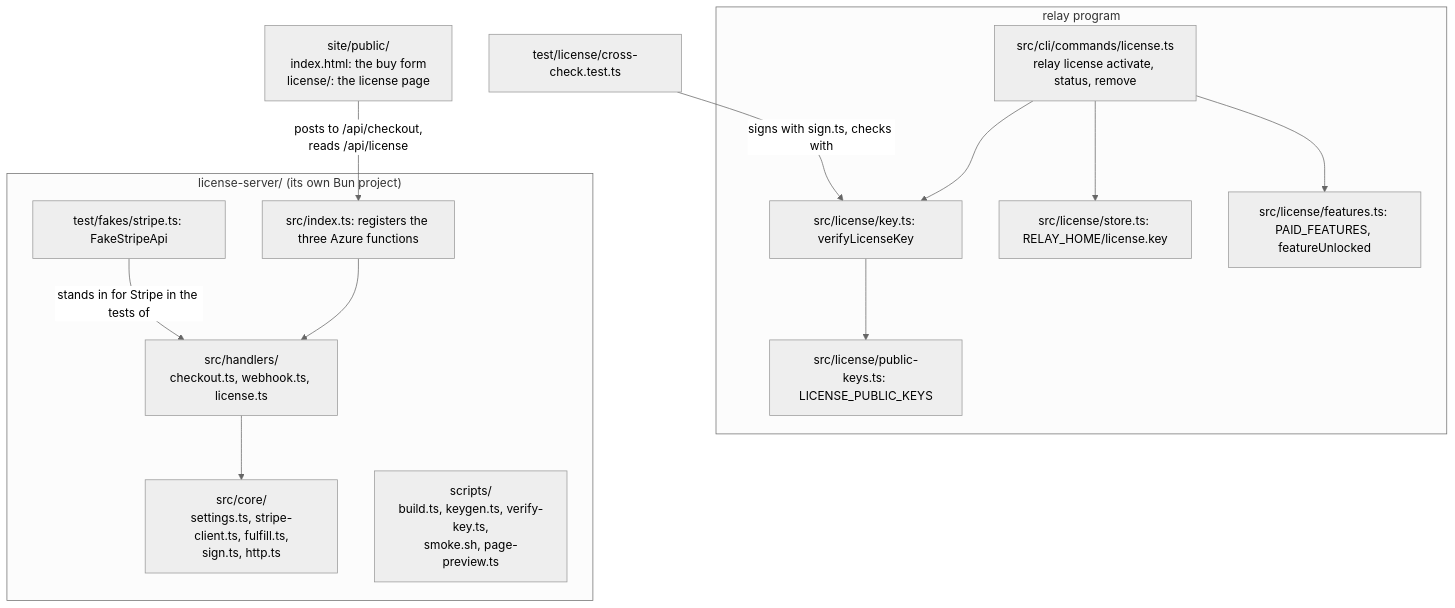
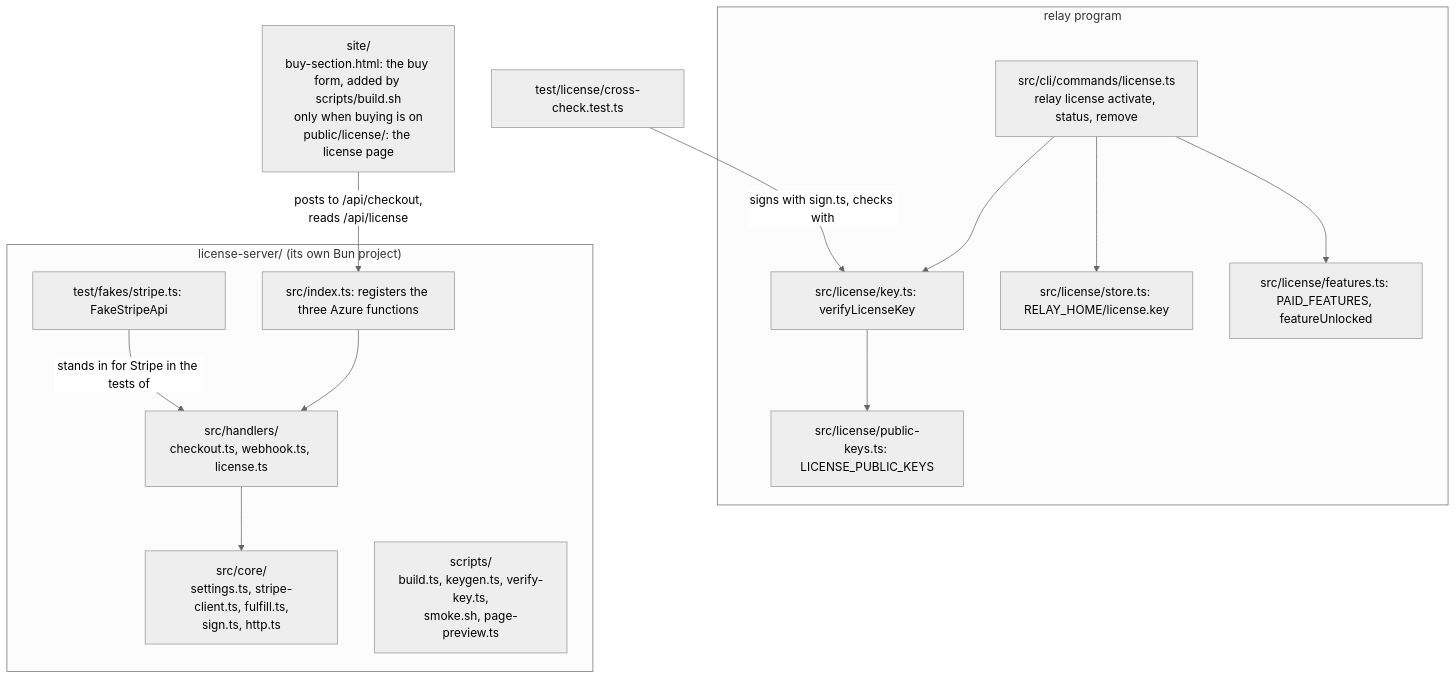
The fourth of 5 diagrams in docs/codebase-map.md (FrejusGdm/relay), drawn with Mermaid (neutral theme) before and after one commit. The commit also changed 12 other files, not shown here.

First line of the commit message:
feat: keep the buy form off production until live mode (add-lifetime-license)

````diff
--- a/docs/codebase-map.md
+++ b/docs/codebase-map.md
@@ -535,27 +535,27 @@
 ```mermaid
 flowchart TD
   subgraph relayside["relay program"]
     command["src/cli/commands/license.ts<br/>relay license activate, status, remove"]
     key["src/license/key.ts: verifyLicenseKey"]
     keys["src/license/public-keys.ts: LICENSE_PUBLIC_KEYS"]
     store["src/license/store.ts: RELAY_HOME/license.key"]
     features["src/license/features.ts: PAID_FEATURES, featureUnlocked"]
   end
   subgraph server["license-server/ (its own Bun project)"]
     index["src/index.ts: registers the three Azure functions"]
     handlers["src/handlers/<br/>checkout.ts, webhook.ts, license.ts"]
     corefiles["src/core/<br/>settings.ts, stripe-client.ts, fulfill.ts,<br/>sign.ts, http.ts"]
     scripts2["scripts/<br/>build.ts, keygen.ts, verify-key.ts,<br/>smoke.sh, page-preview.ts"]
     fakestripe["test/fakes/stripe.ts: FakeStripeApi"]
   end
-  site2["site/public/<br/>index.html: the buy form<br/>license/: the license page"]
+  site2["site/<br/>buy-section.html: the buy form, added by scripts/build.sh<br/>only when buying is on<br/>public/license/: the license page"]
   command --> key
   command --> store
   command --> features
   key --> keys
   index --> handlers
   handlers --> corefiles
   fakestripe -->|"stands in for Stripe in the tests of"| handlers
   site2 -->|"posts to /api/checkout,<br/>reads /api/license"| index
   crosscheck["test/license/cross-check.test.ts"] -->|"signs with sign.ts, checks with"| key
 ```
````
